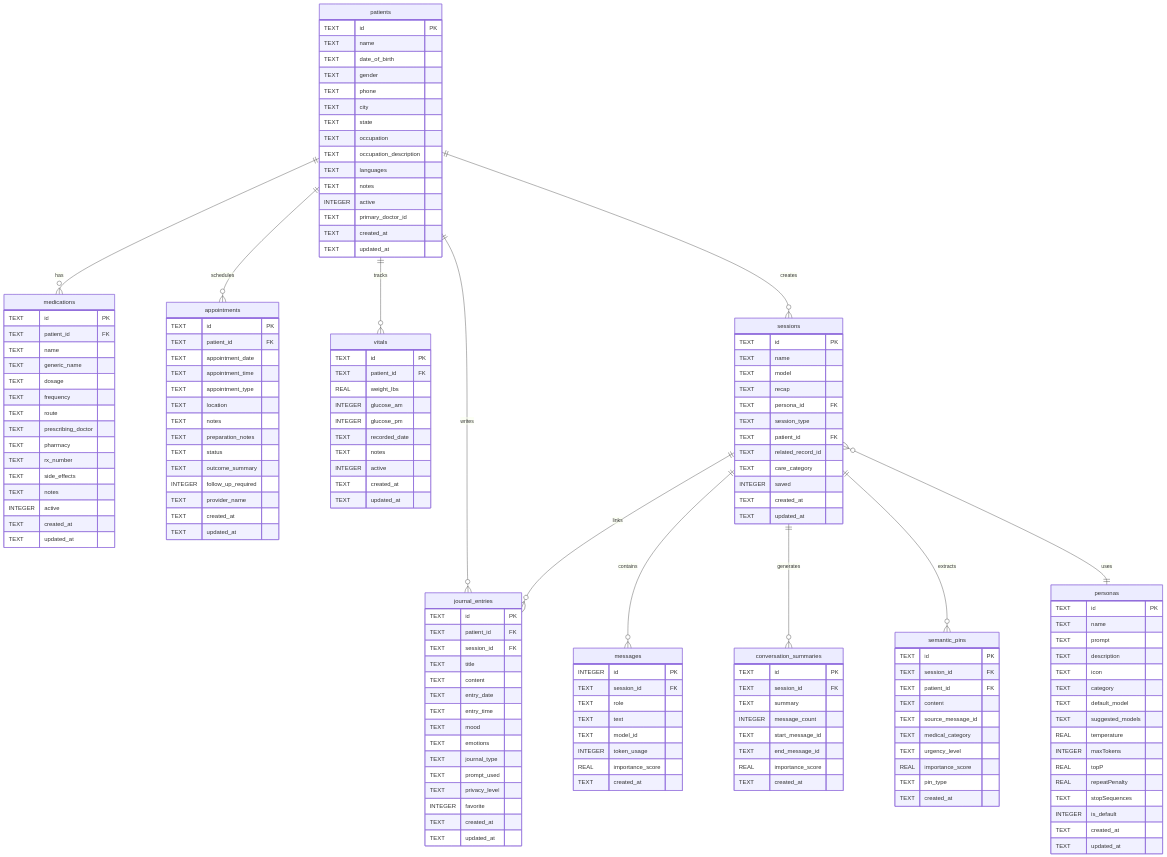
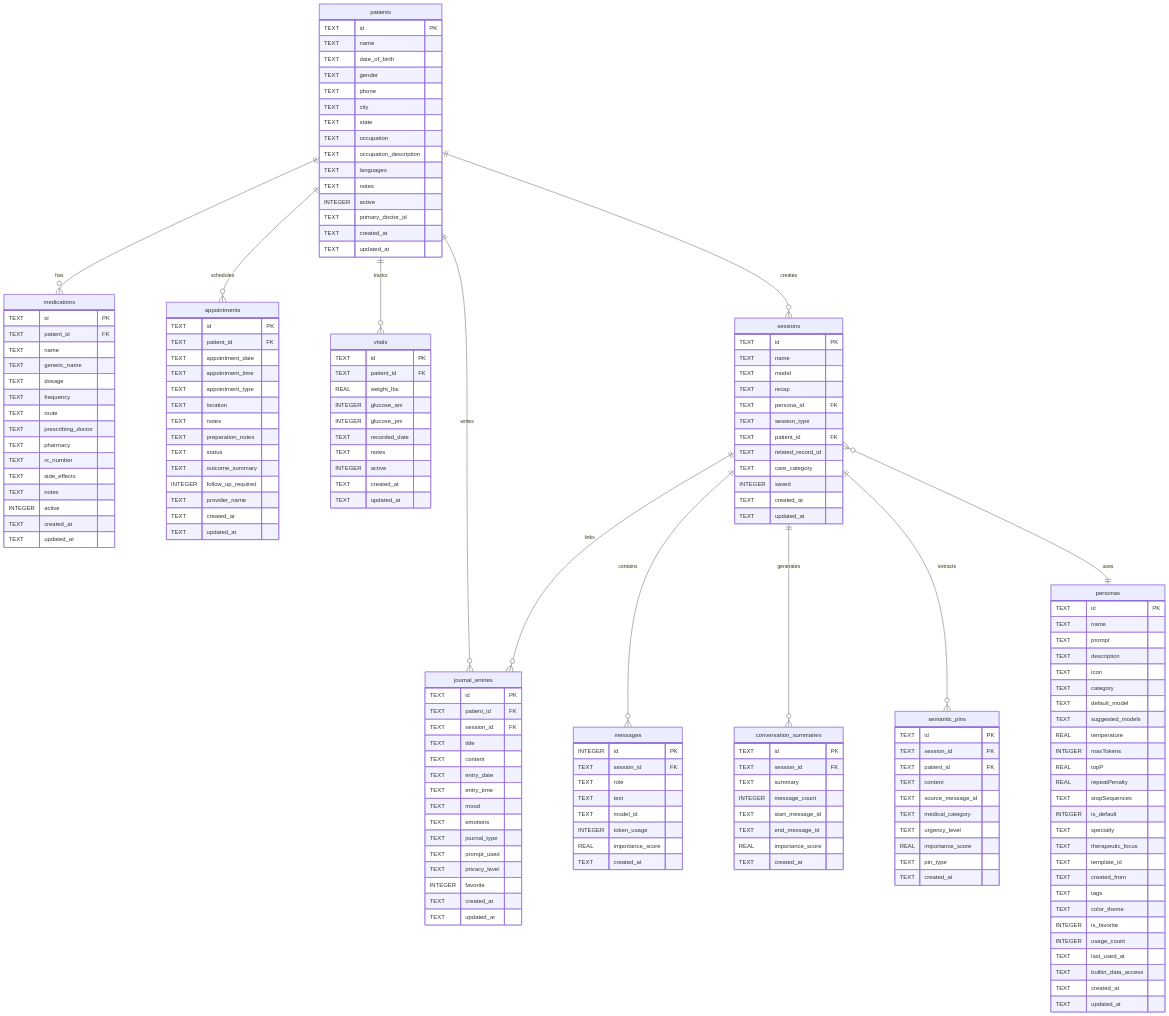
Before and after one commit to Kalito-Labs/Luna: the diagram in docs/db/01-DATABASE-SCHEMA.md, drawn with Mermaid. The commit also changed other lines of this file and 9 other files, not shown here.

```diff
--- a/docs/db/01-DATABASE-SCHEMA.md
+++ b/docs/db/01-DATABASE-SCHEMA.md
@@ -163,6 +164,16 @@
         REAL repeatPenalty
         TEXT stopSequences
         INTEGER is_default
+        TEXT specialty
+        TEXT therapeutic_focus
+        TEXT template_id
+        TEXT created_from
+        TEXT tags
+        TEXT color_theme
+        INTEGER is_favorite
+        INTEGER usage_count
+        TEXT last_used_at
+        TEXT builtin_data_access
         TEXT created_at
         TEXT updated_at
     }
```
